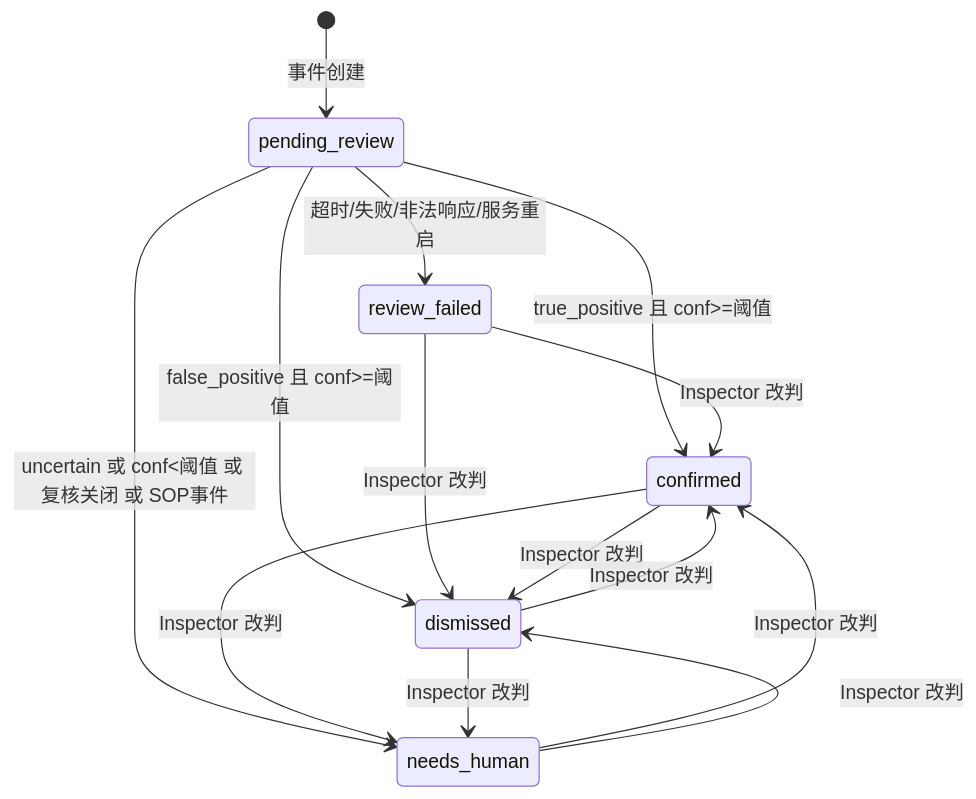
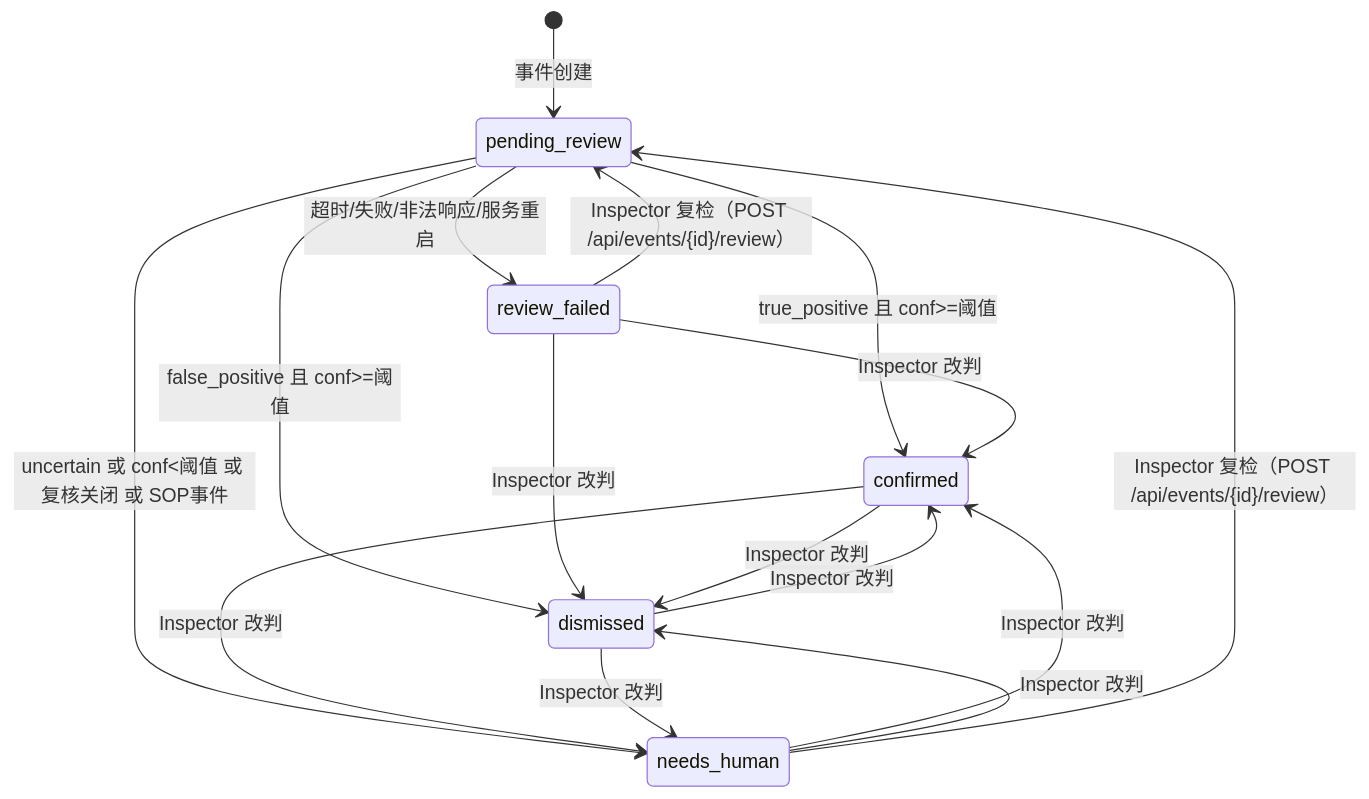
The third of 3 diagrams in .kiro/specs/chimera-patrol-inspection/design.md (zack-xuz/chimera-patrol), drawn with Mermaid before and after one commit. The commit also changed other lines of this file and 11 other files, not shown here.

````diff
--- a/.kiro/specs/chimera-patrol-inspection/design.md
+++ b/.kiro/specs/chimera-patrol-inspection/design.md
@@ -192,16 +192,18 @@
 ```mermaid
 stateDiagram-v2
   [*] --> pending_review: 事件创建
   pending_review --> confirmed: true_positive 且 conf>=阈值
   pending_review --> dismissed: false_positive 且 conf>=阈值
   pending_review --> needs_human: uncertain 或 conf<阈值 或 复核关闭 或 SOP事件
   pending_review --> review_failed: 超时/失败/非法响应/服务重启
   needs_human --> confirmed: Inspector 改判
   needs_human --> dismissed: Inspector 改判
   review_failed --> confirmed: Inspector 改判
   review_failed --> dismissed: Inspector 改判
   confirmed --> dismissed: Inspector 改判
   dismissed --> confirmed: Inspector 改判
   confirmed --> needs_human: Inspector 改判
   dismissed --> needs_human: Inspector 改判
+  needs_human --> pending_review: Inspector 复检（POST /api/events/{id}/review）
+  review_failed --> pending_review: Inspector 复检（POST /api/events/{id}/review）
 ```
````
